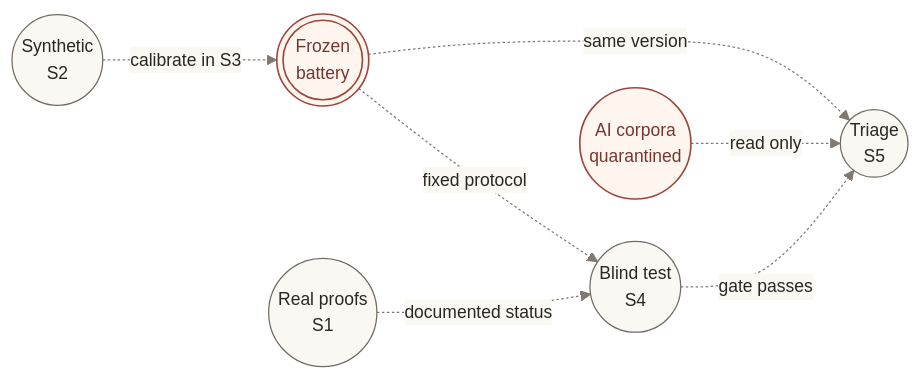
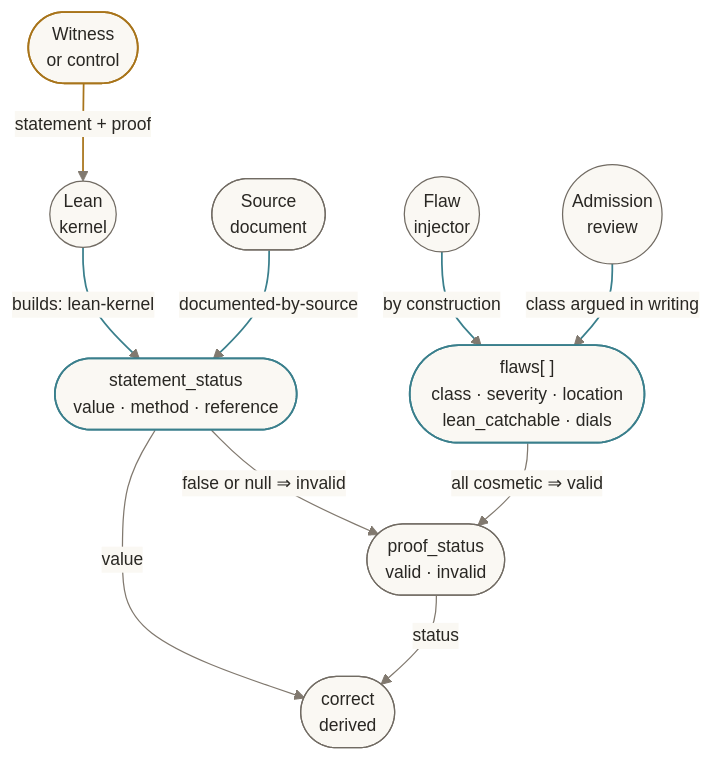
One commit to Quigles1337/Syndeom changed the fourth of 5 diagrams in README.md. Above: the diagram before and after it, drawn with Mermaid. The commit also changed other lines of this file, not shown here.

First line of the commit message:
[S2][INFRA] refresh the README: status at e7b8357, Lombardi diagrams, governance

````diff
--- a/README.md
+++ b/README.md
@@ -238,18 +226,20 @@
 ```mermaid
-%%{init: {"theme":"base","themeVariables":{"fontFamily":"Georgia, serif","fontSize":"14px","primaryColor":"#faf8f3","primaryTextColor":"#292723","primaryBorderColor":"#716b63","lineColor":"#81796f","edgeLabelBackground":"#faf8f3"},"flowchart":{"curve":"basis","nodeSpacing":34,"rankSpacing":44,"htmlLabels":true}}}%%
-flowchart LR
-    accTitle: Planned calibration, blind validation, and contact boundary
-    accDescr: Synthetic proofs calibrate a battery that is then frozen. The fixed protocol is validated on real ground-truth proofs. Only after the S4 gate passes can the same frozen version score quarantined AI contact corpora. Contact results never modify that version.
-
-    S(("Synthetic<br/>S2")) -.->|"calibrate in S3"| F((("Frozen<br/>battery")))
-    F -.->|"fixed protocol"| V(("Blind test<br/>S4"))
-    G(("Real proofs<br/>S1")) -.->|"documented status"| V
-    V -.->|"gate passes"| O(("Triage<br/>S5"))
-    C(("AI corpora<br/>quarantined")) -.->|"read only"| O
-    F -.->|"same version"| O
-
-    classDef default fill:#faf8f3,stroke:#716b63,color:#292723,stroke-width:1px;
-    classDef boundary fill:#fff5ef,stroke:#9c473b,color:#74372f,stroke-width:1.3px;
-    class F,C boundary;
+%%{init: {"theme":"base","themeVariables":{"fontFamily":"Georgia, serif","fontSize":"14px","primaryColor":"#faf8f3","primaryTextColor":"#292723","primaryBorderColor":"#716b63","lineColor":"#81796f","edgeLabelBackground":"#faf8f3"},"flowchart":{"curve":"basis","nodeSpacing":36,"rankSpacing":44,"htmlLabels":true}}}%%
+flowchart TB
+    accTitle: What one artifact's ground truth holds
+    accDescr: For a synthetic artifact, statement status is established by the Lean kernel building a seed witness or a grammar instance's control; for a real item, by a source document. Flaw records come from the injector by construction, or from admission review's written class argument. Proof status is valid only when every record is cosmetic, and invalid whenever the statement is false or undetermined. The correct bit is derived from the statement's value and the proof status, never authored.
+    classDef artifact fill:#faf8f3,stroke:#a8741a,color:#292723,stroke-width:1.4px;
+    classDef truth fill:#faf8f3,stroke:#3a7f8c,color:#292723,stroke-width:1.4px;
+    W(["Witness<br/>or control"]):::artifact -->|"statement + proof"| K(("Lean<br/>kernel"))
+    K -->|"builds: lean-kernel"| SS(["statement_status<br/>value · method · reference"]):::truth
+    SD(["Source<br/>document"]) -->|"documented-by-source"| SS
+    J(("Flaw<br/>injector")) -->|"by construction"| FL(["flaws[ ]<br/>class · severity · location<br/>lean_catchable · dials"]):::truth
+    RV(("Admission<br/>review")) -->|"class argued in writing"| FL
+    FL -->|"all cosmetic ⇒ valid"| PS(["proof_status<br/>valid · invalid"])
+    SS -->|"false or null ⇒ invalid"| PS
+    SS -->|"value"| CO(["correct<br/>derived"])
+    PS -->|"status"| CO
     linkStyle default stroke:#81796f,stroke-width:1px;
+    linkStyle 0 stroke:#a8741a,stroke-width:1.4px;
+    linkStyle 1,2,3,4 stroke:#3a7f8c,stroke-width:1.4px;
 ```
````
